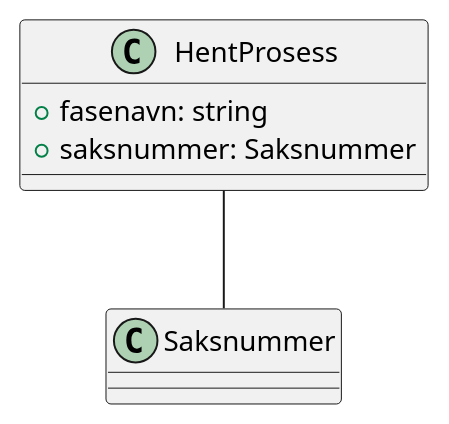
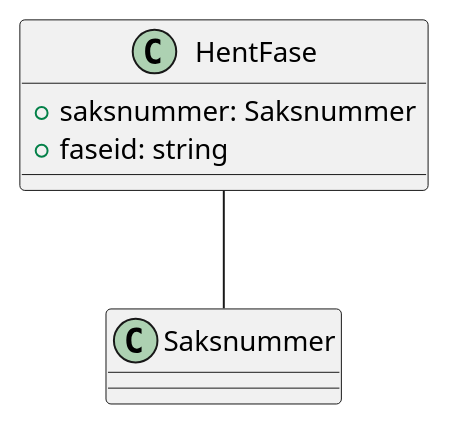
The diagram in Dokumentasjon/V1/ClassDiagrams/no.ks.fiks.saksfaser.v1.prosess.hent/classdiagram.pu (ks-no/fiks-saksfaser-specification), drawn with PlantUML before and after one commit. The commit also changed 14 other files, not shown here.

```diff
--- a/Dokumentasjon/V1/ClassDiagrams/no.ks.fiks.saksfaser.v1.prosess.hent/classdiagram.pu
+++ b/Dokumentasjon/V1/ClassDiagrams/no.ks.fiks.saksfaser.v1.prosess.hent/classdiagram.pu
@@ -1,9 +1,9 @@
 @startuml
-class HentProsess {
-    +fasenavn: string
+class HentFase {
     +saksnummer: Saksnummer
+    +faseid: string
 }
 
-HentProsess -- Saksnummer
+HentFase -- Saksnummer
 
 @enduml
```
